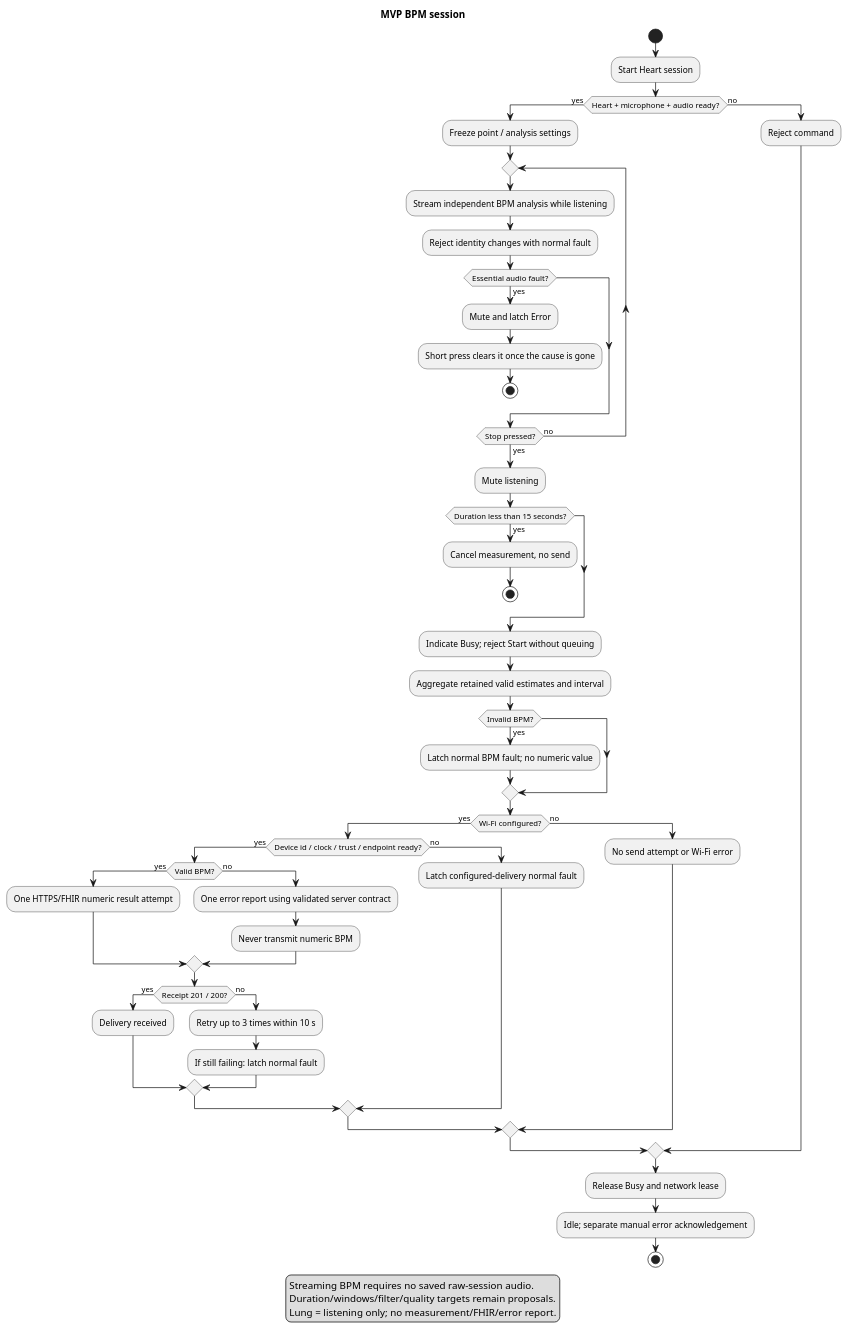
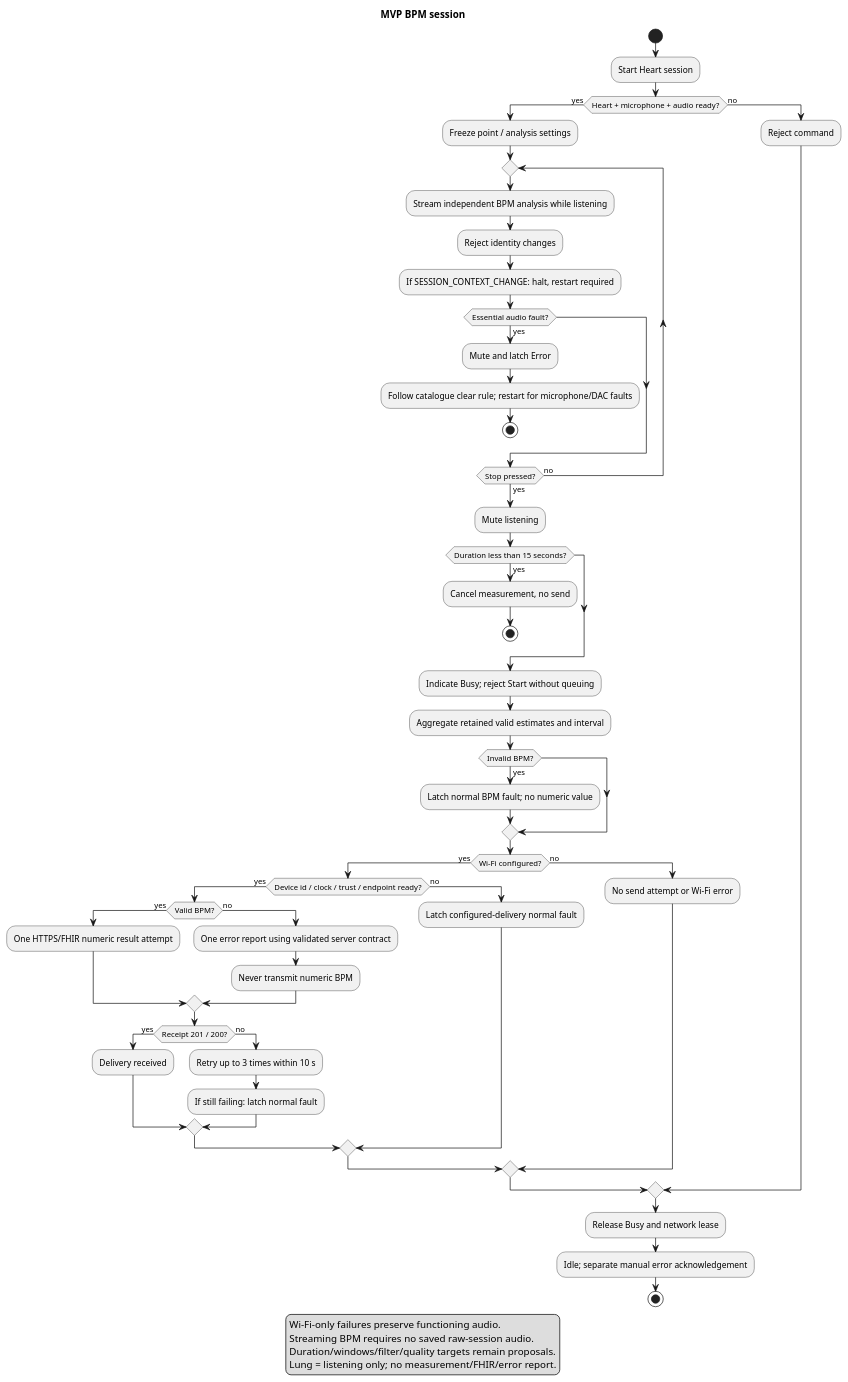
Before and after one commit to DemonicPsychoII/DigitalStethoscope: the diagram in Development/system/architecture/measurement-workflow.puml, drawn with PlantUML. The commit also changed 39 other files, not shown here.

```diff
--- a/Development/system/architecture/measurement-workflow.puml
+++ b/Development/system/architecture/measurement-workflow.puml
@@ -1,59 +1,61 @@
 @startuml measurement_workflow
 skinparam shadowing false
 skinparam defaultFontName SansSerif
 title MVP BPM session
 start
 :Start Heart session;
 if (Heart + microphone + audio ready?) then (yes)
  :Freeze point / analysis settings;
  repeat
   :Stream independent BPM analysis while listening;
-  :Reject identity changes with normal fault;
+  :Reject identity changes;
+  :If SESSION_CONTEXT_CHANGE: halt, restart required;
   if (Essential audio fault?) then (yes)
    :Mute and latch Error;
-   :Short press clears it once the cause is gone;
+   :Follow catalogue clear rule; restart for microphone/DAC faults;
    stop
   endif
  repeat while (Stop pressed?) is (no) not (yes)
  :Mute listening;
  if (Duration less than 15 seconds?) then (yes)
   :Cancel measurement, no send;
   stop
  endif
  :Indicate Busy; reject Start without queuing;
  :Aggregate retained valid estimates and interval;
  if (Invalid BPM?) then (yes)
   :Latch normal BPM fault; no numeric value;
  endif
  if (Wi-Fi configured?) then (yes)
   if (Device id / clock / trust / endpoint ready?) then (yes)
    if (Valid BPM?) then (yes)
     :One HTTPS/FHIR numeric result attempt;
    else (no)
     :One error report using validated server contract;
     :Never transmit numeric BPM;
    endif
    if (Receipt 201 / 200?) then (yes)
     :Delivery received;
    else (no)
     :Retry up to 3 times within 10 s;
     :If still failing: latch normal fault;
    endif
   else (no)
    :Latch configured-delivery normal fault;
   endif
  else (no)
   :No send attempt or Wi-Fi error;
  endif
 else (no)
  :Reject command;
 endif
 :Release Busy and network lease;
 :Idle; separate manual error acknowledgement;
 stop
 legend bottom
+  Wi-Fi-only failures preserve functioning audio.
   Streaming BPM requires no saved raw-session audio.
   Duration/windows/filter/quality targets remain proposals.
   Lung = listening only; no measurement/FHIR/error report.
 endlegend
 @enduml
```
